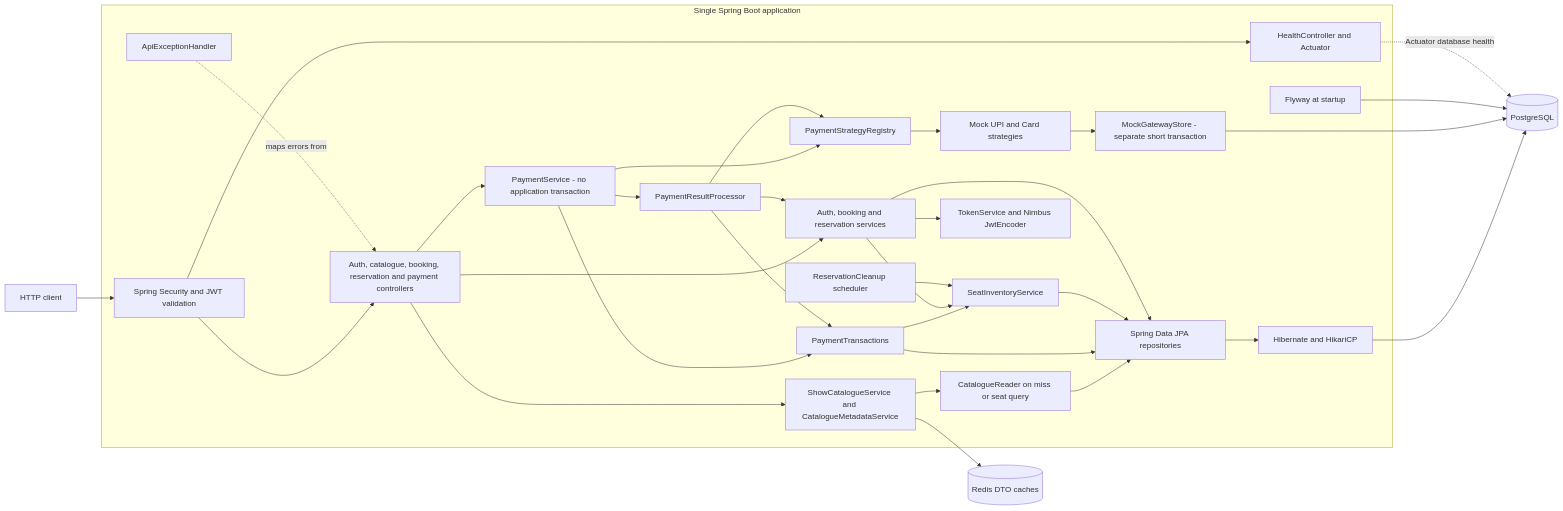
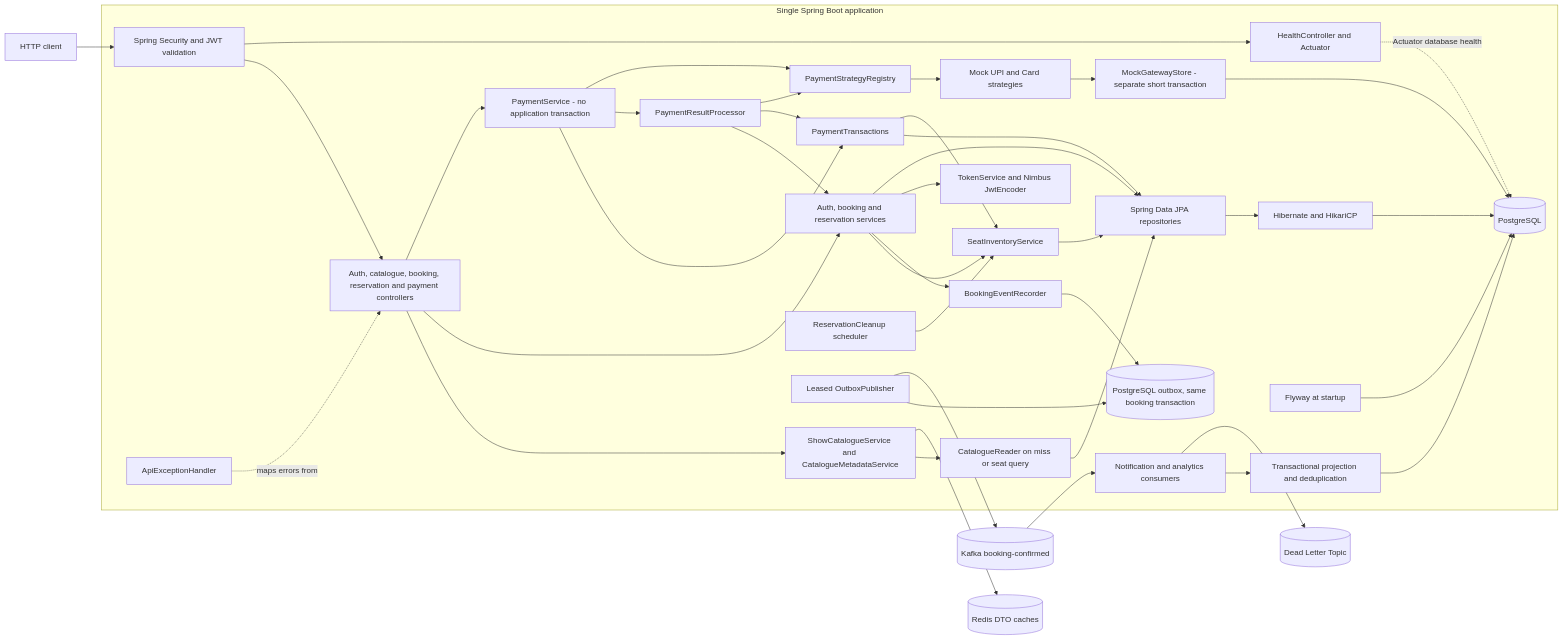
The first of 4 diagrams in docs/HLD.md (Avnish666/Tbooker), drawn with Mermaid before and after one commit. The commit also changed other lines of this file and 44 other files, not shown here.

Commit message:
Add Kafka booking events with a transactional outbox

````diff
--- a/docs/HLD.md
+++ b/docs/HLD.md
@@ -38,37 +38,45 @@
 ```mermaid
 flowchart LR
     Client[HTTP client] --> Security[Spring Security and JWT validation]
     subgraph App[Single Spring Boot application]
         Security --> Controllers[Auth, catalogue, booking, reservation and payment controllers]
         Controllers --> Catalogue[ShowCatalogueService and CatalogueMetadataService]
         Catalogue --> Reader[CatalogueReader on miss or seat query]
         Reader --> Repositories
         Controllers --> Services[Auth, booking and reservation services]
         Controllers --> Payments[PaymentService - no application transaction]
         Payments --> Tx[PaymentTransactions]
         Payments --> Processor[PaymentResultProcessor]
         Processor --> Services
         Processor --> Tx
         Payments --> Registry[PaymentStrategyRegistry]
         Processor --> Registry
         Registry --> Strategies[Mock UPI and Card strategies]
         Strategies --> Mock[MockGatewayStore - separate short transaction]
         Tx --> Repositories
         Tx --> Inventory
         Services --> Inventory[SeatInventoryService]
         Cleanup[ReservationCleanup scheduler] --> Inventory
         Inventory --> Repositories
+        Services --> Recorder[BookingEventRecorder]
+        Recorder --> Outbox[(PostgreSQL outbox, same booking transaction)]
+        Publisher[Leased OutboxPublisher] --> Outbox
+        Consumers[Notification and analytics consumers] --> ProjectionTx[Transactional projection and deduplication]
+        ProjectionTx --> DB
         Services --> Tokens[TokenService and Nimbus JwtEncoder]
         Services --> Repositories[Spring Data JPA repositories]
         Repositories --> Persistence[Hibernate and HikariCP]
         Advice[ApiExceptionHandler] -. maps errors from .-> Controllers
         Health[HealthController and Actuator]
         Flyway[Flyway at startup]
     end
     Security --> Health
     Catalogue --> Redis[(Redis DTO caches)]
+    Publisher --> Kafka[(Kafka booking-confirmed)]
+    Kafka --> Consumers
+    Consumers --> DLT[(Dead Letter Topic)]
     Persistence --> DB[(PostgreSQL)]
     Mock --> DB
     Flyway --> DB
     Health -. Actuator database health .-> DB
 ```
````
